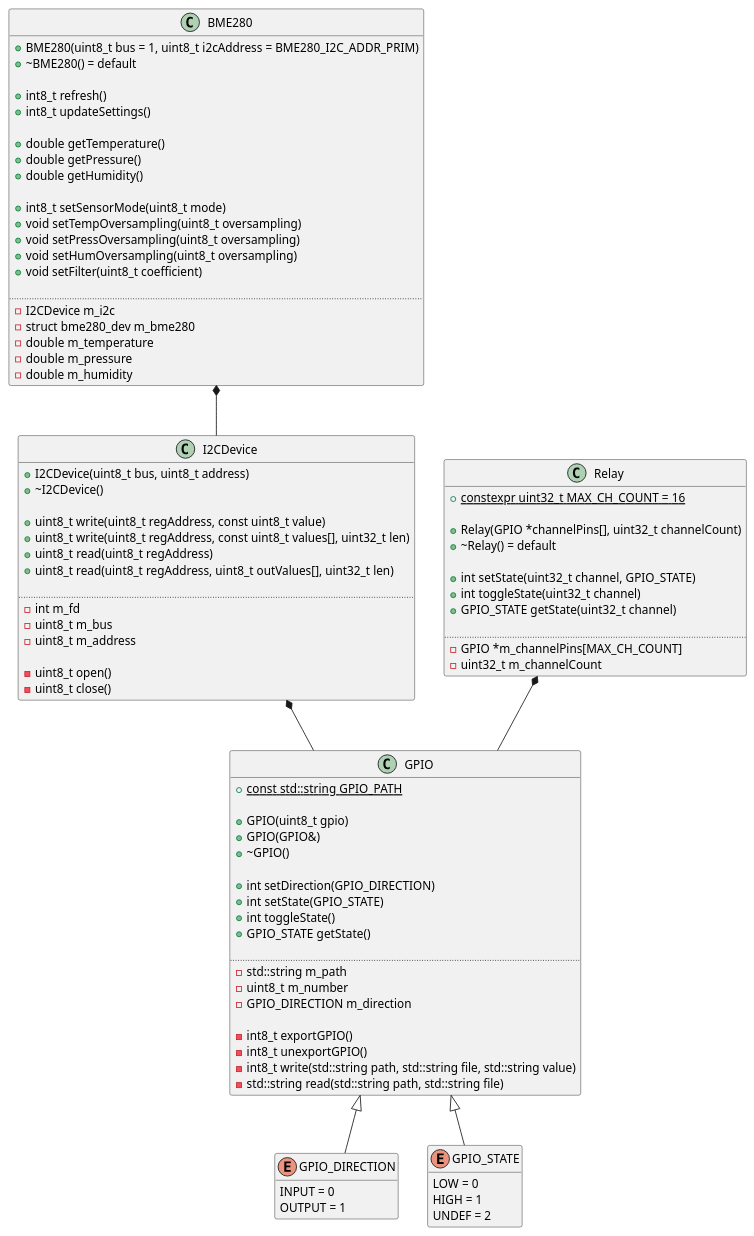
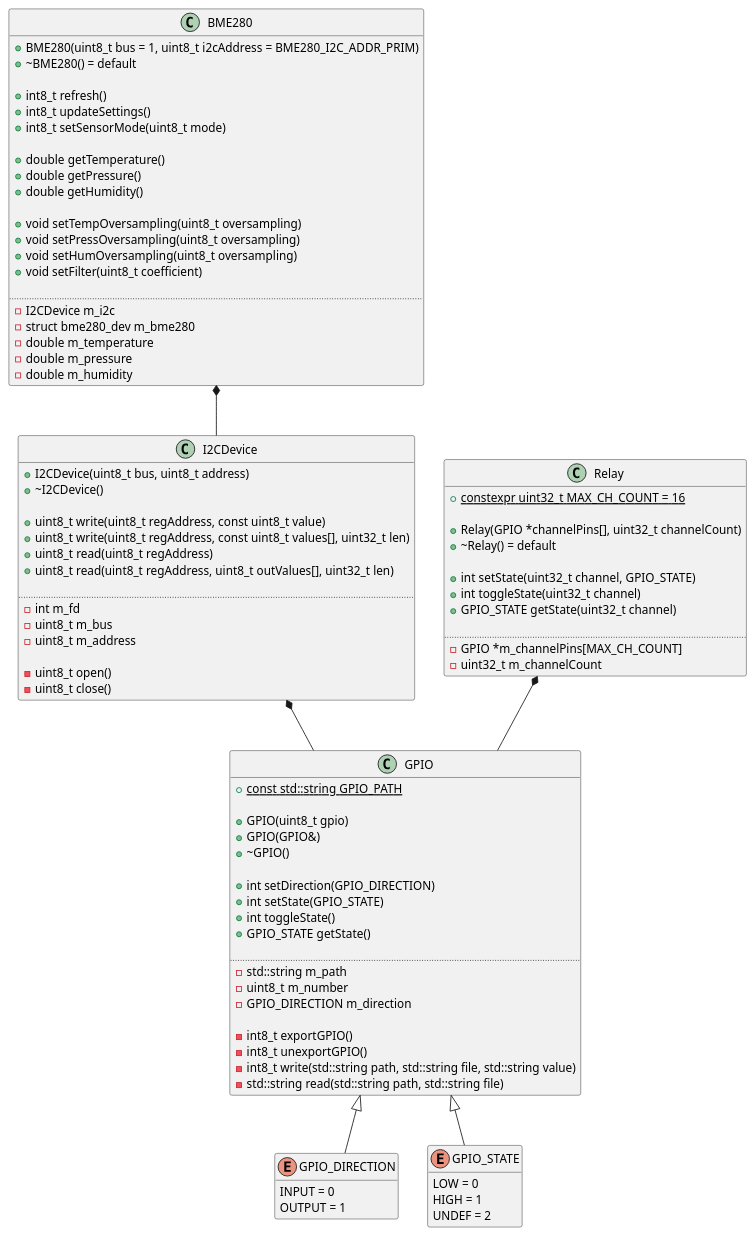
One commit to petkovgogo/hydroponic_garden changed the diagram in docs/diagram/RPiDrivers.puml. Above: the diagram before and after it, drawn with PlantUML. The commit also changed other lines of this file and 4 other files, not shown here.

```diff
--- a/docs/diagram/RPiDrivers.puml
+++ b/docs/diagram/RPiDrivers.puml
@@ -1,126 +1,126 @@
 @startuml RPIDrivers
 
 enum GPIO_DIRECTION
 enum GPIO_STATE
 
 class GPIO
 class I2CDevice
 class Relay
 class BME280
 
 GPIO <|-- GPIO_DIRECTION
 GPIO <|-- GPIO_STATE
 I2CDevice *-- GPIO
 Relay *-- GPIO
 BME280 *-- I2CDevice
 
 enum GPIO_DIRECTION
 {
     INPUT = 0
     OUTPUT = 1
 }
 
 enum GPIO_STATE 
 {
     LOW = 0
     HIGH = 1
     UNDEF = 2 
 }
 
 class GPIO
 {
     + {static} const std::string GPIO_PATH
 
     + GPIO(uint8_t gpio)
     + GPIO(GPIO&)
     + \~GPIO()
 
     + int setDirection(GPIO_DIRECTION)
     + int setState(GPIO_STATE)
     + int toggleState()
     + GPIO_STATE getState()
 
 ..
     - std::string m_path
     - uint8_t m_number
     - GPIO_DIRECTION m_direction
 
     - int8_t exportGPIO()
     - int8_t unexportGPIO()
     - int8_t write(std::string path, std::string file, std::string value)
     - std::string read(std::string path, std::string file)
 }
 
 class I2CDevice
 {
     + I2CDevice(uint8_t bus, uint8_t address)
     + \~I2CDevice()
 
     + uint8_t write(uint8_t regAddress, const uint8_t value)
     + uint8_t write(uint8_t regAddress, const uint8_t values[], uint32_t len)
     + uint8_t read(uint8_t regAddress)
     + uint8_t read(uint8_t regAddress, uint8_t outValues[], uint32_t len)
 
 ..
     - int m_fd
     - uint8_t m_bus
     - uint8_t m_address
 
     - uint8_t open()
     - uint8_t close()
 }
 
 class Relay
 {
     + {static} constexpr uint32_t MAX_CH_COUNT = 16
 
     + Relay(GPIO *channelPins[], uint32_t channelCount)
     + \~Relay() = default
 
     + int setState(uint32_t channel, GPIO_STATE)
     + int toggleState(uint32_t channel)
     + GPIO_STATE getState(uint32_t channel)
 
 ..
     - GPIO *m_channelPins[MAX_CH_COUNT]
     - uint32_t m_channelCount
 }
 
 class BME280
 {
     + BME280(uint8_t bus = 1, uint8_t i2cAddress = BME280_I2C_ADDR_PRIM)
     + \~BME280() = default
 
     + int8_t refresh()
     + int8_t updateSettings()
+    + int8_t setSensorMode(uint8_t mode)
 
     + double getTemperature()
     + double getPressure()
     + double getHumidity()
 
-    + int8_t setSensorMode(uint8_t mode)
     + void setTempOversampling(uint8_t oversampling)
     + void setPressOversampling(uint8_t oversampling)
     + void setHumOversampling(uint8_t oversampling)
     + void setFilter(uint8_t coefficient)
 
 ..
     - I2CDevice m_i2c
     - struct bme280_dev m_bme280
     - double m_temperature
     - double m_pressure
     - double m_humidity
 }
 
 /'
 'This is actually a struct, not a class, hence the different icon
 class bme280_dev << (S, lightblue) >>
 {
 
 }
 '/
 
 hide GPIO_DIRECTION methods
 hide GPIO_STATE methods
 
 @enduml
```
